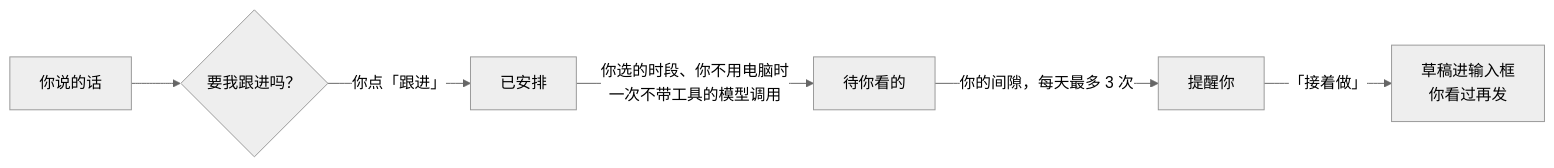
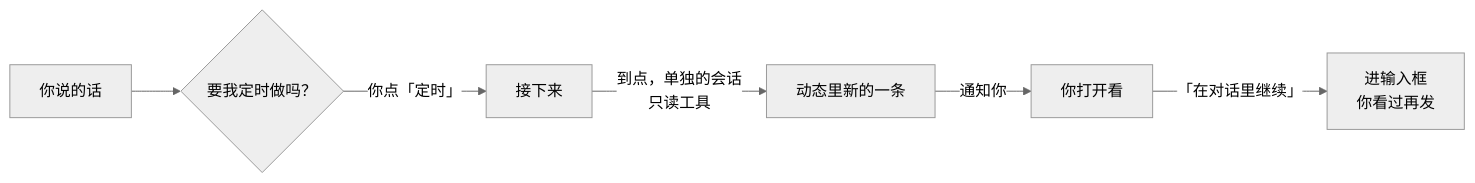
Before and after one commit to JNS0724/Viva: the diagram in README.zh-CN.md, drawn with Mermaid (neutral theme). The commit also changed other lines of this file and 106 other files, not shown here.

````diff
--- a/README.zh-CN.md
+++ b/README.zh-CN.md
@@ -98,8 +91,8 @@
 ```mermaid
 flowchart LR
-  A["你说的话"] --> P{"要我跟进吗？"}
-  P -->|你点「跟进」| S["已安排"]
-  S -->|你选的时段、你不用电脑时<br>一次不带工具的模型调用| R["待你看的"]
-  R -->|你的间隙，每天最多 3 次| N["提醒你"]
-  N -->|「接着做」| C["草稿进输入框<br>你看过再发"]
+  A["你说的话"] --> P{"要我定时做吗？"}
+  P -->|你点「定时」| S["接下来"]
+  S -->|到点，单独的会话<br>只读工具| R["动态里新的一条"]
+  R -->|通知你| N["你打开看"]
+  N -->|「在对话里继续」| C["进输入框<br>你看过再发"]
 ```
````
